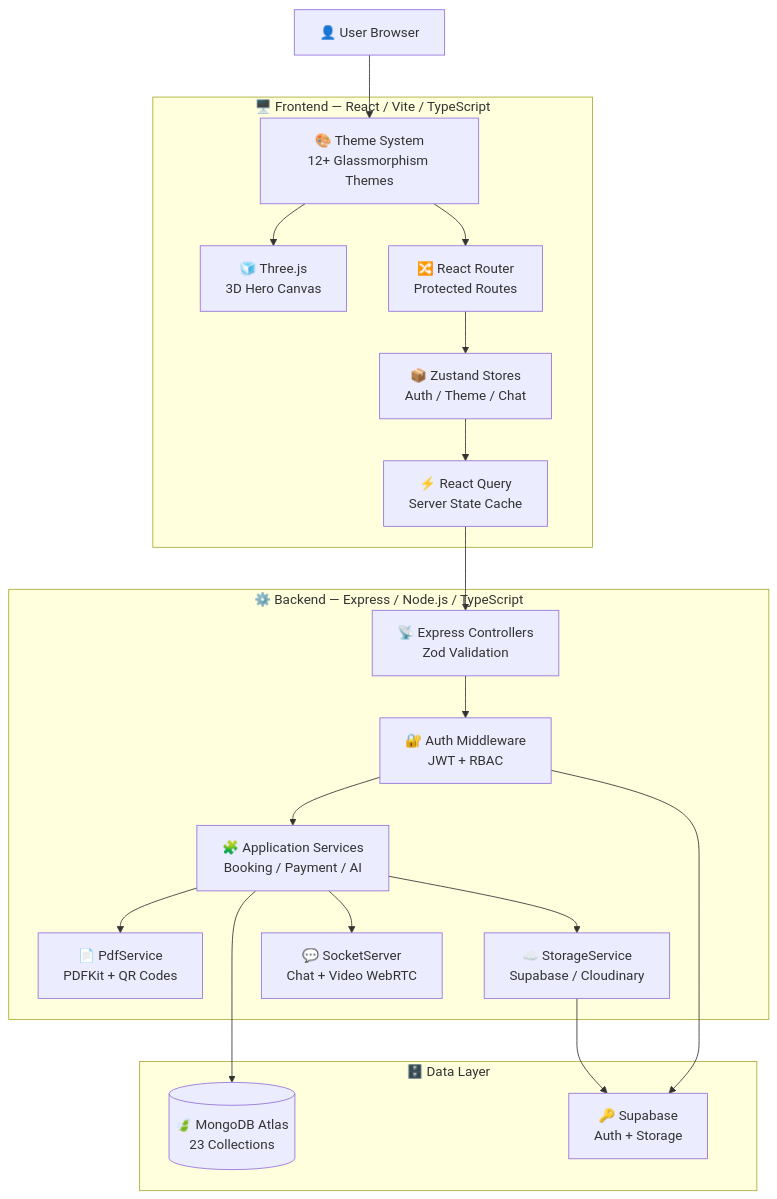
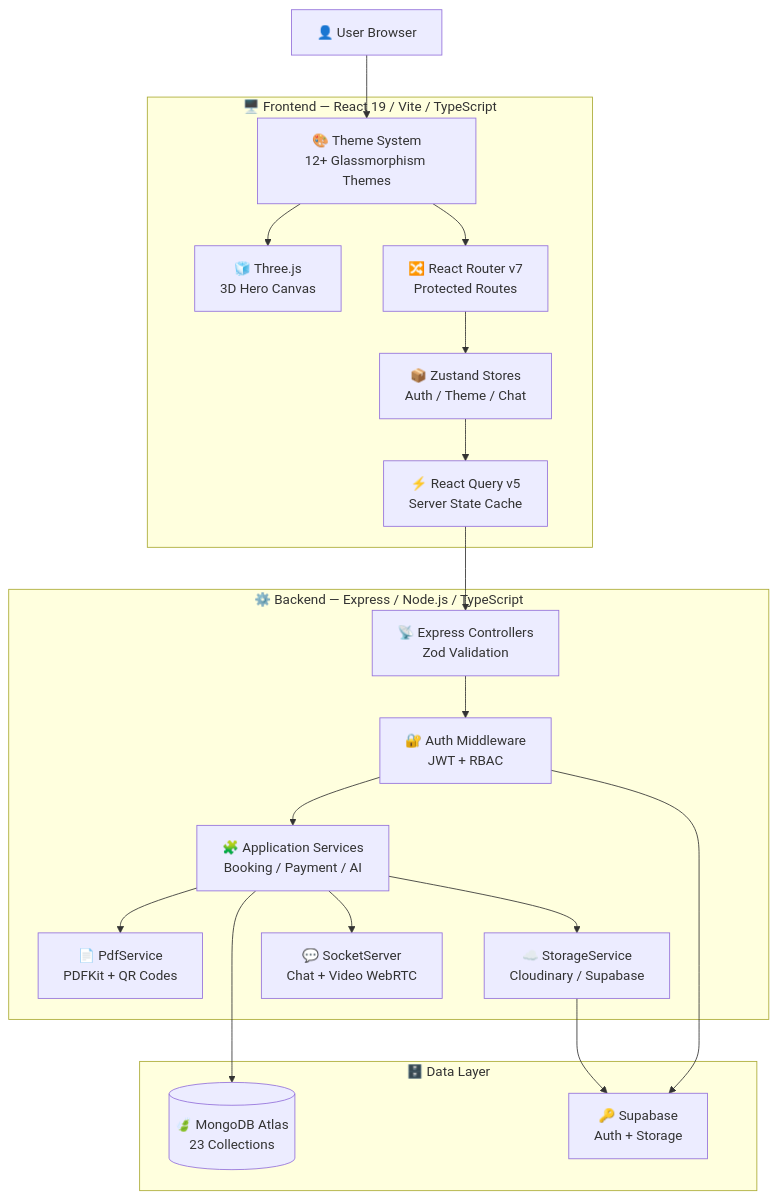
The first of 4 diagrams in README.md (awaisali022/hospital-management-system), drawn with Mermaid before and after one commit. The commit also changed other lines of this file and 10 other files, not shown here.

````diff
--- a/README.md
+++ b/README.md
@@ -70,41 +97,41 @@
 ```mermaid
 graph TD
   User["👤 User Browser"]
 
-  subgraph Frontend["🖥️ Frontend — React / Vite / TypeScript"]
+  subgraph Frontend["🖥️ Frontend — React 19 / Vite / TypeScript"]
     UI["🎨 Theme System<br/>12+ Glassmorphism Themes"]
     Three["🧊 Three.js<br/>3D Hero Canvas"]
     State["📦 Zustand Stores<br/>Auth / Theme / Chat"]
-    Router["🔀 React Router<br/>Protected Routes"]
-    RQuery["⚡ React Query<br/>Server State Cache"]
+    Router["🔀 React Router v7<br/>Protected Routes"]
+    RQuery["⚡ React Query v5<br/>Server State Cache"]
   end
 
   subgraph Backend["⚙️ Backend — Express / Node.js / TypeScript"]
     Controller["📡 Express Controllers<br/>Zod Validation"]
     Auth["🔐 Auth Middleware<br/>JWT + RBAC"]
     Service["🧩 Application Services<br/>Booking / Payment / AI"]
     PDF["📄 PdfService<br/>PDFKit + QR Codes"]
-    Storage["☁️ StorageService<br/>Supabase / Cloudinary"]
+    Storage["☁️ StorageService<br/>Cloudinary / Supabase"]
     Realtime["💬 SocketServer<br/>Chat + Video WebRTC"]
   end
 
   subgraph Database["🗄️ Data Layer"]
     Mongo[("🍃 MongoDB Atlas<br/>23 Collections")]
     Supabase["🔑 Supabase<br/>Auth + Storage"]
   end
 
   User --> UI
   UI --> Three
   UI --> Router
   Router --> State
   State --> RQuery
   RQuery --> Controller
   Controller --> Auth
   Auth --> Service
   Service --> PDF
   Service --> Storage
   Service --> Realtime
   Service --> Mongo
   Auth --> Supabase
   Storage --> Supabase
 ```
````
